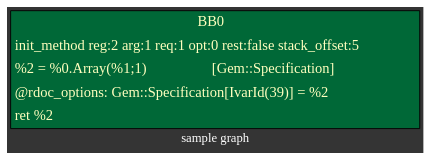
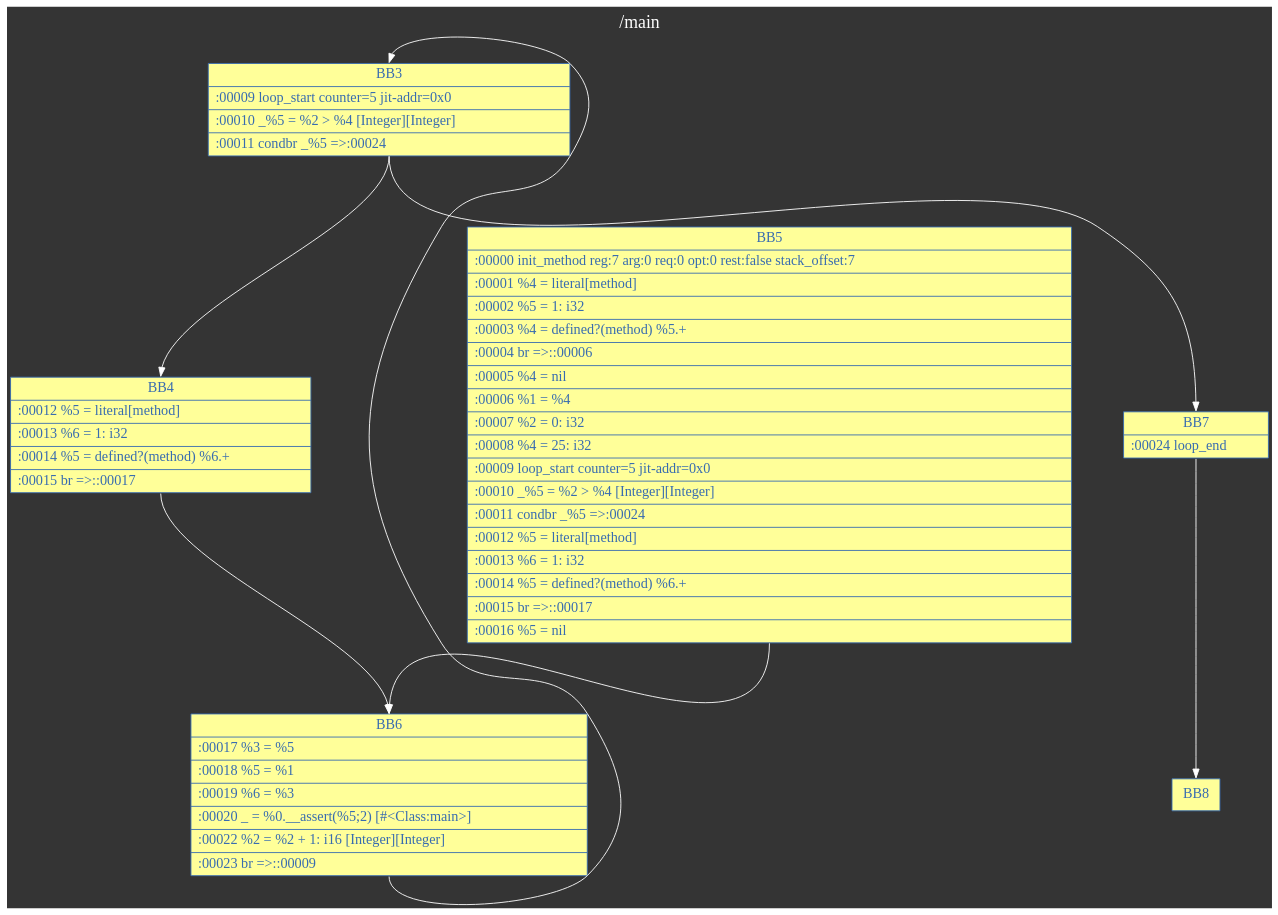
The diagram in monoruby/dump.dot (sisshiki1969/monoruby), drawn with Graphviz before and after one commit. The commit also changed 12 other files, not shown here.

```diff
--- a/monoruby/dump.dot
+++ b/monoruby/dump.dot
@@ -1,51 +1,64 @@
 digraph graph_name {
   graph [
     charset = "UTF-8";
-    label = "sample graph",
+    label = "/main",
+    labelloc = "t",
+    labeljust = "c",
     bgcolor = "#343434",
     fontcolor = white,
+    fontsize = 20,
     rankdir = TB,
     margin = 0.2,
     splines = spline,
     nodesep = 0.8,
     ranksep = 1.1
   ];
 
   node [
-    colorscheme = "rdylgn11"
+    colorscheme = "accent8"
     shape = box,
     style = "solid,filled",
     fontsize = 16,
-    fontcolor = 6,
-    fontname = "Migu 1M",
-    color = 7,
-    fillcolor = 11,
+    fontcolor = 5,
+    fontname = "Consolas",
+    color = 5,
+    fillcolor = 4,
   ];
 
   edge [
     style = solid,
     fontsize = 14,
     fontcolor = white,
     fontname = "Migu 1M",
     color = white,
     labelfloat = true,
     labeldistance = 2.5,
     labelangle = 70
   ];
-  BB0 [
-    shape=plain
-    label=<<table border="0" cellspacing="0" cellpadding="4">
-      <tr> <td> BB0 </td> </tr>
-
-          <tr> <td align="left">init_method reg:2 arg:1 req:1 opt:0 rest:false stack_offset:5</td> </tr>
-    
-          <tr> <td align="left">%2 = %0.Array(%1;1)                  [Gem::Specification]</td> </tr>
-    
-          <tr> <td align="left">@rdoc_options: Gem::Specification[IvarId(39)] = %2</td> </tr>
-    
-          <tr> <td align="left">ret %2</td> </tr>
-    
-	</table>>
+  BB3 [
+    shape=record
+    label="{BB3|:00009 loop_start counter=5 jit-addr=0x0\l|:00010 _%5 = %2 &gt; %4                        [Integer][Integer]\l|:00011 condbr _%5 =&gt;:00024\l}"
   ];
-  
+  BB4 [
+    shape=record
+    label="{BB4|:00012 %5 = literal[method]\l|:00013 %6 = 1: i32\l|:00014 %5 = defined?(method) %6.+\l|:00015 br =&gt;::00017\l}"
+  ];
+  BB5 [
+    shape=record
+    label="{BB5|:00000 init_method reg:7 arg:0 req:0 opt:0 rest:false stack_offset:7\l|:00001 %4 = literal[method]\l|:00002 %5 = 1: i32\l|:00003 %4 = defined?(method) %5.+\l|:00004 br =&gt;::00006\l|:00005 %4 = nil\l|:00006 %1 = %4\l|:00007 %2 = 0: i32\l|:00008 %4 = 25: i32\l|:00009 loop_start counter=5 jit-addr=0x0\l|:00010 _%5 = %2 &gt; %4                        [Integer][Integer]\l|:00011 condbr _%5 =&gt;:00024\l|:00012 %5 = literal[method]\l|:00013 %6 = 1: i32\l|:00014 %5 = defined?(method) %6.+\l|:00015 br =&gt;::00017\l|:00016 %5 = nil\l}"
+  ];
+  BB6 [
+    shape=record
+    label="{BB6|:00017 %3 = %5\l|:00018 %5 = %1\l|:00019 %6 = %3\l|:00020 _ = %0.__assert(%5;2)                [#&lt;Class:main&gt;]\l|:00022 %2 = %2 + 1: i16                     [Integer][Integer]\l|:00023 br =&gt;::00009\l}"
+  ];
+  BB7 [
+    shape=record
+    label="{BB7|:00024 loop_end\l}"
+  ];
+  BB3 -> BB4 [headport = n, tailport = s];
+  BB3 -> BB7 [headport = n, tailport = s];
+  BB4 -> BB6 [headport = n, tailport = s];
+  BB5 -> BB6 [headport = n, tailport = s];
+  BB6 -> BB3 [headport = n, tailport = s];
+  BB7 -> BB8 [headport = n, tailport = s];
 }
```
